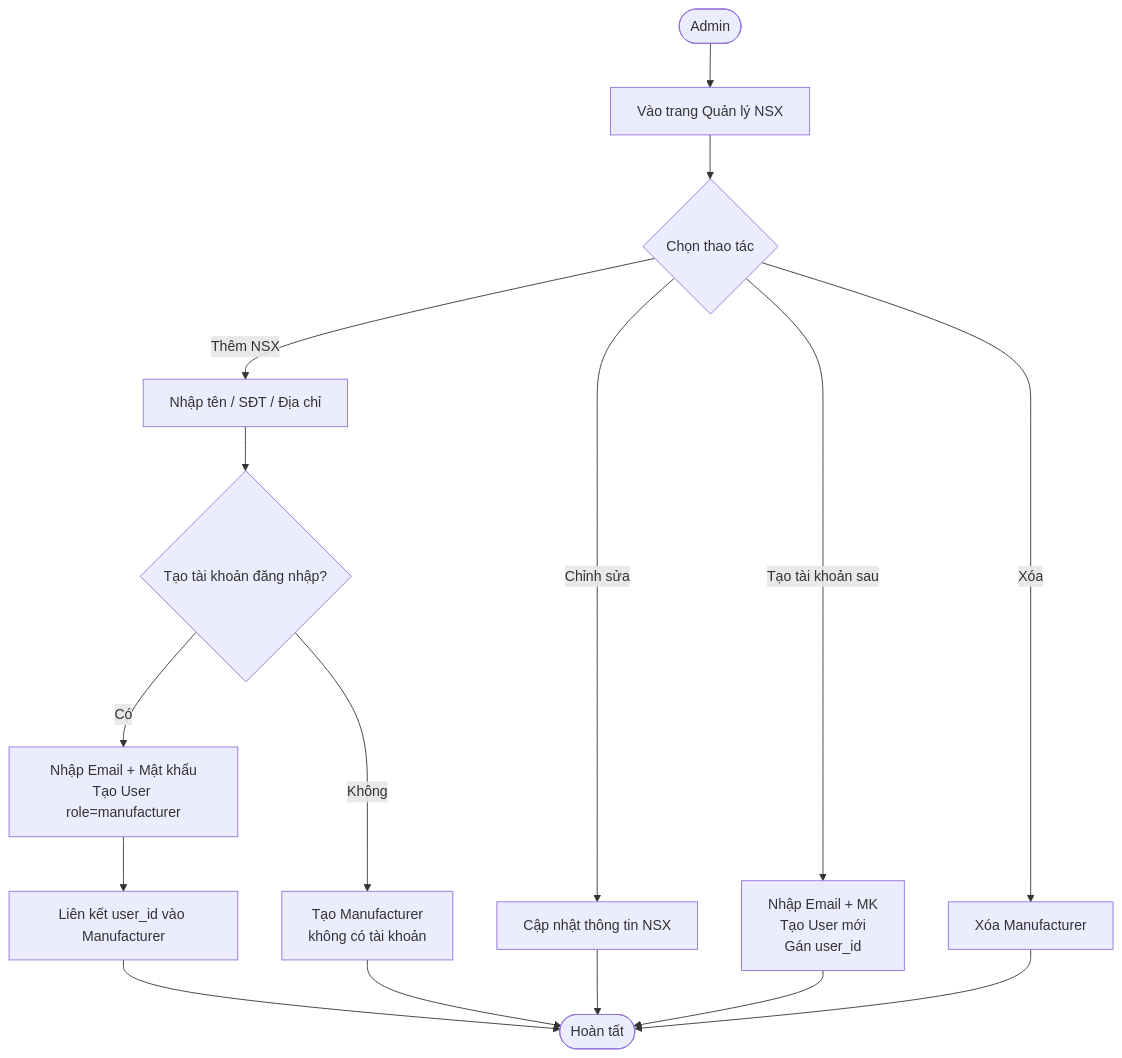
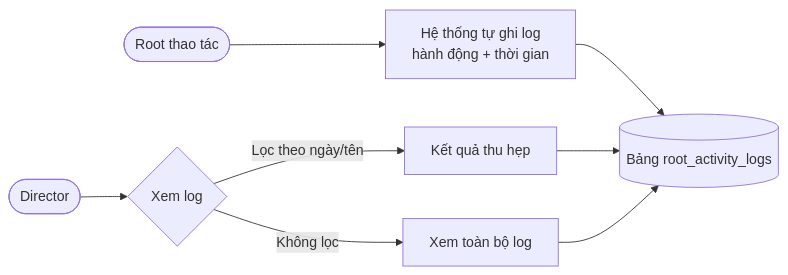
One commit to thien258/luanvantotnghiep changed diagram 18 of 18 in app/Http/doc/diagrams.md. Above: the diagram before and after it, drawn with Mermaid. The commit also changed other lines of this file and 27 other files, not shown here.

````diff
--- a/app/Http/doc/diagrams.md
+++ b/app/Http/doc/diagrams.md
@@ -587,14 +619,10 @@
 ```mermaid
-flowchart TD
-    A([Admin]) --> B[Vào trang Quản lý NSX]
-    B --> C{Chọn thao tác}
-    C -->|Thêm NSX| D[Nhập tên / SĐT / Địa chỉ]
-    D --> E{Tạo tài khoản đăng nhập?}
-    E -->|Có| F[Nhập Email + Mật khẩu\nTạo User role=manufacturer]
-    F --> G[Liên kết user_id vào Manufacturer]
-    E -->|Không| H[Tạo Manufacturer\nkhông có tài khoản]
-    C -->|Chỉnh sửa| I[Cập nhật thông tin NSX]
-    C -->|Tạo tài khoản sau| J[Nhập Email + MK\nTạo User mới\nGán user_id]
-    C -->|Xóa| K[Xóa Manufacturer]
-    G & H & I & J & K --> L([Hoàn tất])
+flowchart LR
+    A([Root thao tác]) --> B[Hệ thống tự ghi log\nhành động + thời gian]
+    B --> C[(Bảng root_activity_logs)]
+
+    D([Director]) --> E{Xem log}
+    E -->|Lọc theo ngày/tên| F[Kết quả thu hẹp]
+    E -->|Không lọc| G[Xem toàn bộ log]
+    F & G --> C
 ```
````
